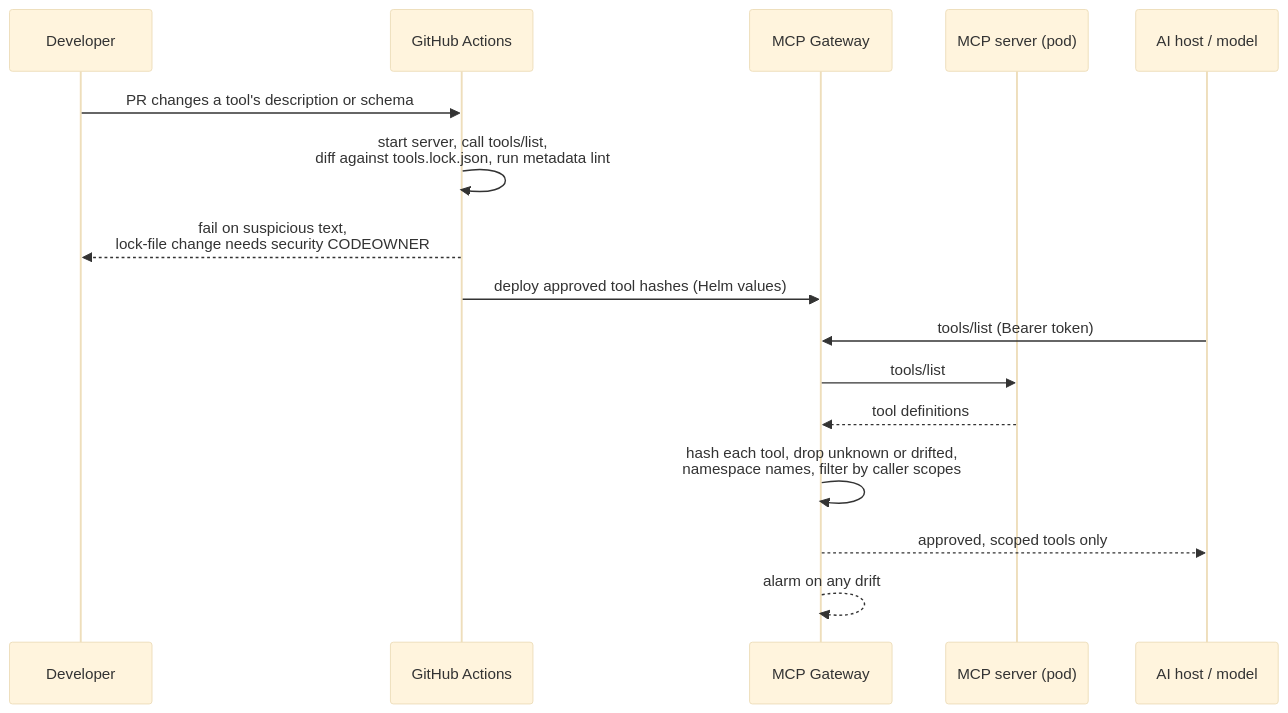
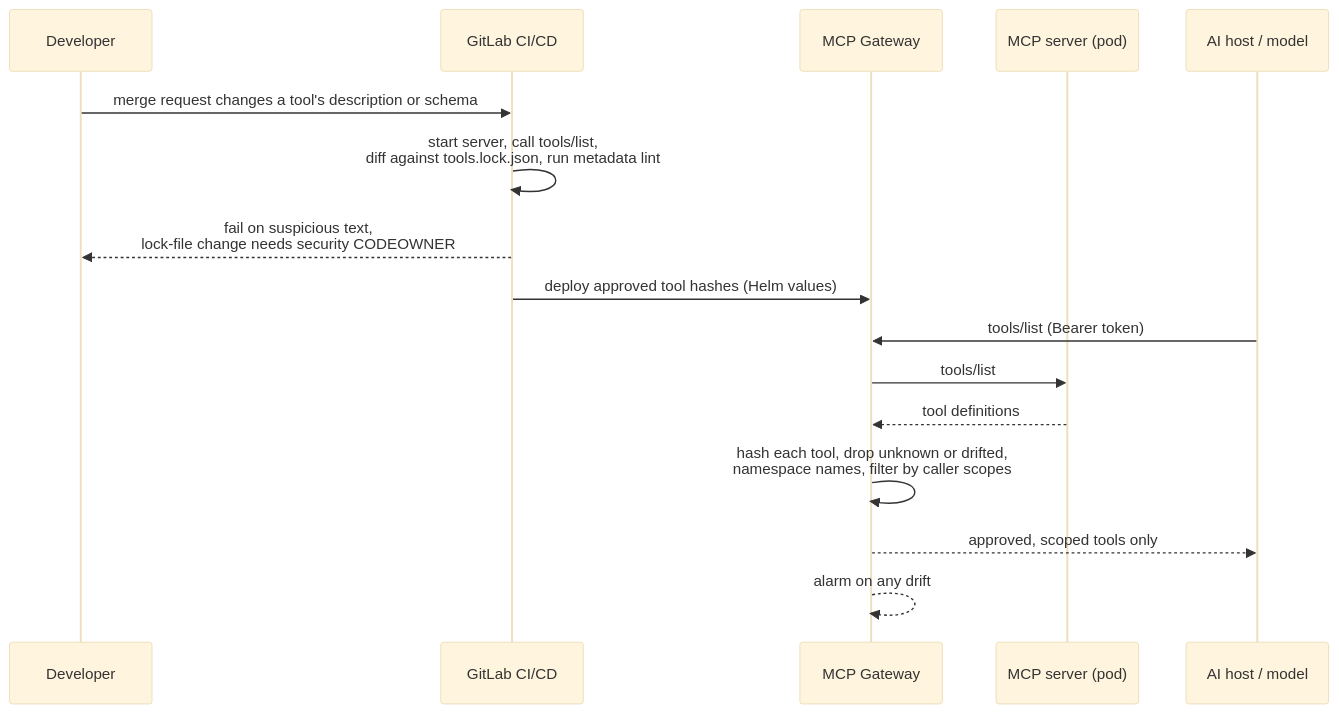
Before and after one commit to joshuamfrancis/Wikis: the seventh of 8 diagrams in ai/mcp-architecture/mcp-architecture.md, drawn with Mermaid (base theme). The commit also changed other lines of this file and 1 other file, not shown here.

First line of the commit message:
Make MCP architecture cloud-agnostic, move CI/CD to GitLab, add JWT backend flow

````diff
--- a/ai/mcp-architecture/mcp-architecture.md
+++ b/ai/mcp-architecture/mcp-architecture.md
@@ -352,19 +434,19 @@
 ```mermaid
 sequenceDiagram
     participant Dev as Developer
-    participant CI as GitHub Actions
+    participant CI as GitLab CI/CD
     participant GW as MCP Gateway
     participant S as MCP server (pod)
     participant H as AI host / model
 
-    Dev->>CI: PR changes a tool's description or schema
+    Dev->>CI: merge request changes a tool's description or schema
     CI->>CI: start server, call tools/list,<br/>diff against tools.lock.json, run metadata lint
     CI-->>Dev: fail on suspicious text,<br/>lock-file change needs security CODEOWNER
     CI->>GW: deploy approved tool hashes (Helm values)
     H->>GW: tools/list (Bearer token)
     GW->>S: tools/list
     S-->>GW: tool definitions
     GW->>GW: hash each tool, drop unknown or drifted,<br/>namespace names, filter by caller scopes
     GW-->>H: approved, scoped tools only
     GW-->>GW: alarm on any drift
 ```
````
